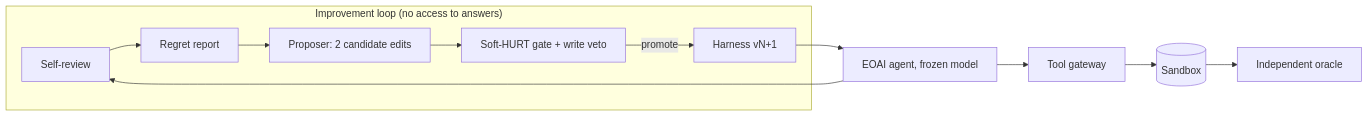
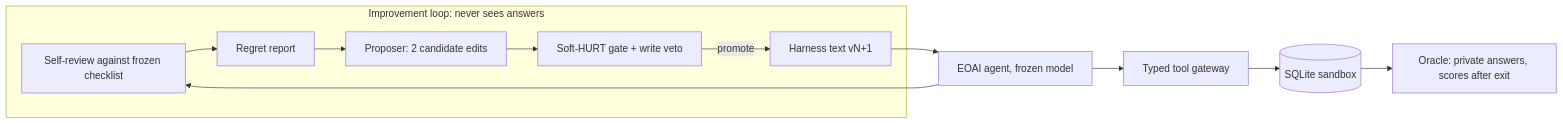
The diagram in README.md (Aaryan1524/EOAI), drawn with Mermaid before and after one commit. The commit also changed other lines of this file, not shown here.

Commit message:
README: add author's motivation and study design; drop duplicate diagram

````diff
--- a/README.md
+++ b/README.md
@@ -94,13 +88,13 @@
 ```mermaid
 flowchart LR
-    subgraph Improvement["Improvement loop (no access to answers)"]
-        R[Self-review] --> G[Regret report]
+    subgraph Improvement["Improvement loop: never sees answers"]
+        R[Self-review against frozen checklist] --> G[Regret report]
         G --> P[Proposer: 2 candidate edits]
         P --> Gate[Soft-HURT gate + write veto]
-        Gate -->|promote| H[Harness vN+1]
+        Gate -->|promote| H[Harness text vN+1]
     end
     H --> A[EOAI agent, frozen model]
-    A --> T[Tool gateway] --> S[(Sandbox)]
-    S --> O[Independent oracle]
+    A --> T[Typed tool gateway] --> S[(SQLite sandbox)]
     A --> R
+    S --> O[Oracle: private answers, scores after exit]
 ```
````
